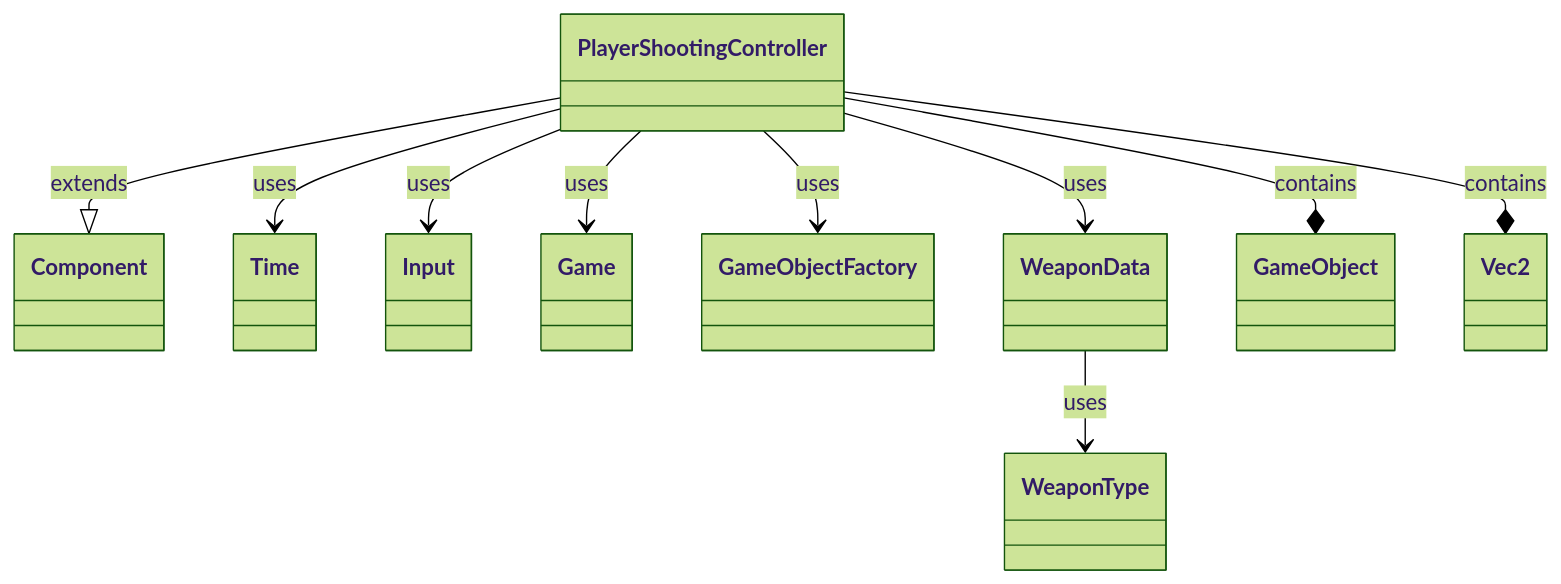
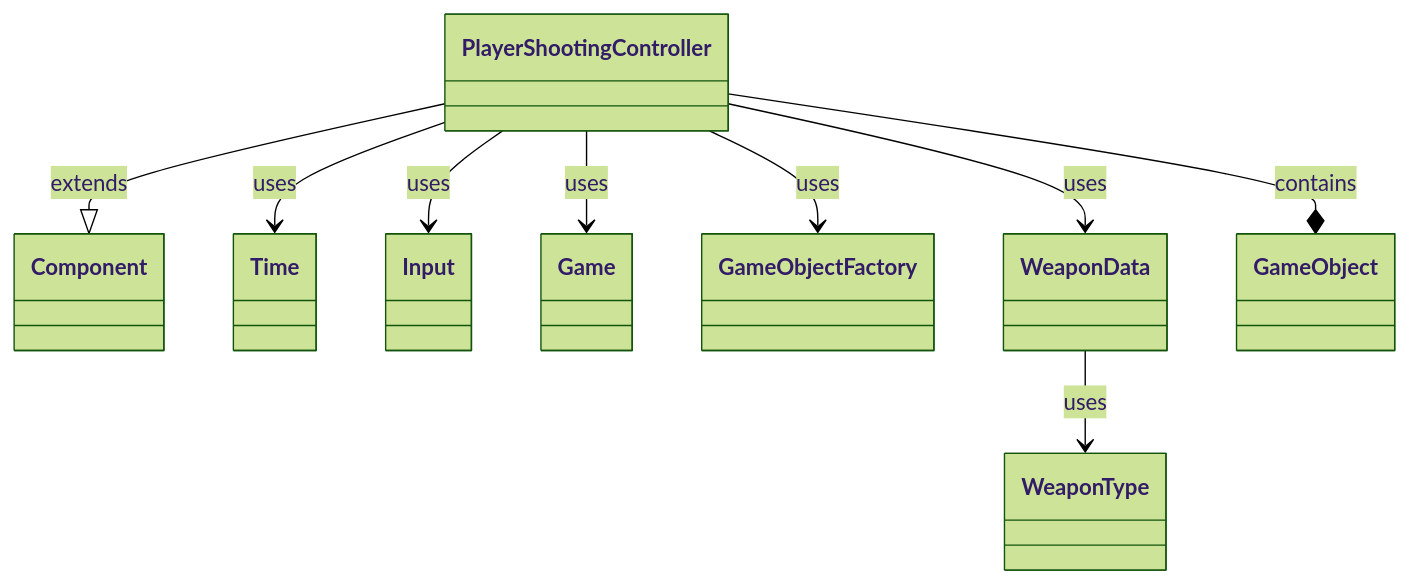
One commit to Rimaro03/docs-exam-slayer changed the ninth of 10 diagrams in docs/design/class_diagrams.md. Above: the diagram before and after it, drawn with Mermaid (forest theme). The commit also changed other lines of this file and 2 other files, not shown here.

Commit message:
finished movement sequence diagram

````diff
--- a/docs/design/class_diagrams.md
+++ b/docs/design/class_diagrams.md
@@ -242,13 +198,12 @@
 ```mermaid
 classDiagram
   PlayerShootingController --|> Component: extends
   PlayerShootingController --> Time: uses
   PlayerShootingController --> Input: uses
   PlayerShootingController --> Game: uses
   PlayerShootingController --> GameObjectFactory: uses
   PlayerShootingController --> WeaponData: uses
   PlayerShootingController --* GameObject: contains
-  PlayerShootingController --* Vec2: contains
 
   WeaponData --> WeaponType: uses
 ```
````
